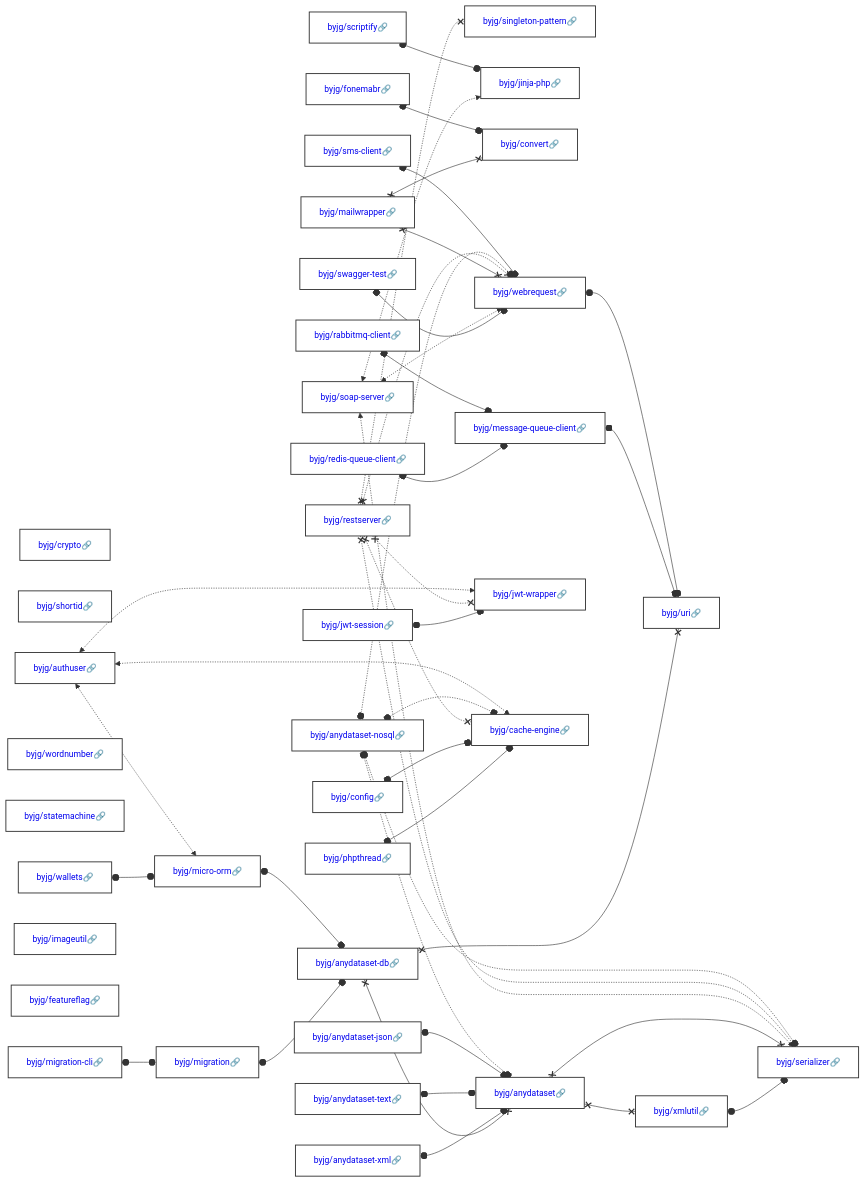
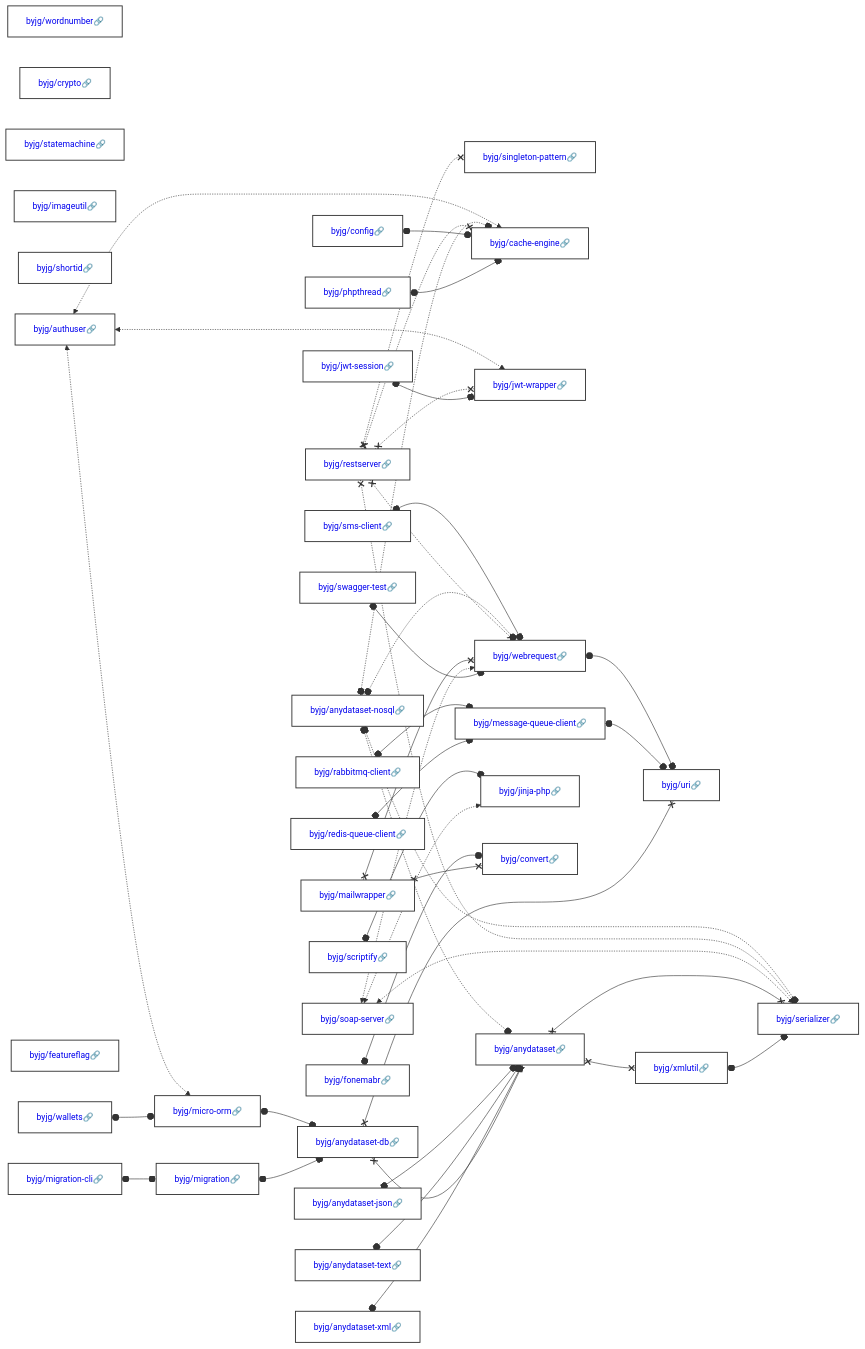
Before and after one commit to byjg/byjg.github.io: the diagram in docs/php/README.md, drawn with Mermaid. The commit also changed other lines of this file and 7 other files, not shown here.

Commit message:
Update documentation 'php' 'php-jwt-session'

````diff
--- a/docs/php/README.md
+++ b/docs/php/README.md
@@ -3,39 +3,39 @@
 ```mermaid
 graph LR;
+  byjg/anydataset-xml[<a href='https://opensource.byjg.com/docs/php/anydataset-xml' style='text-decoration:none'>byjg/anydataset-xml🔗</a>];
+  byjg/rabbitmq-client[<a href='https://opensource.byjg.com/docs/php/rabbitmq-client' style='text-decoration:none'>byjg/rabbitmq-client🔗</a>];
+  byjg/restserver[<a href='https://opensource.byjg.com/docs/php/restserver' style='text-decoration:none'>byjg/restserver🔗</a>];
+  byjg/wordnumber[<a href='https://opensource.byjg.com/docs/php/wordnumber' style='text-decoration:none'>byjg/wordnumber🔗</a>];
+  byjg/crypto[<a href='https://opensource.byjg.com/docs/php/crypto' style='text-decoration:none'>byjg/crypto🔗</a>];
+  byjg/statemachine[<a href='https://opensource.byjg.com/docs/php/statemachine' style='text-decoration:none'>byjg/statemachine🔗</a>];
+  byjg/imageutil[<a href='https://opensource.byjg.com/docs/php/imageutil' style='text-decoration:none'>byjg/imageutil🔗</a>];
+  byjg/anydataset-nosql[<a href='https://opensource.byjg.com/docs/php/anydataset-nosql' style='text-decoration:none'>byjg/anydataset-nosql🔗</a>];
+  byjg/shortid[<a href='https://opensource.byjg.com/docs/php/shortid' style='text-decoration:none'>byjg/shortid🔗</a>];
+  byjg/wallets[<a href='https://opensource.byjg.com/docs/php/wallets' style='text-decoration:none'>byjg/wallets🔗</a>];
+  byjg/featureflag[<a href='https://opensource.byjg.com/docs/php/featureflag' style='text-decoration:none'>byjg/featureflag🔗</a>];
+  byjg/phpthread[<a href='https://opensource.byjg.com/docs/php/phpthread' style='text-decoration:none'>byjg/phpthread🔗</a>];
+  byjg/jwt-session[<a href='https://opensource.byjg.com/docs/php/jwt-session' style='text-decoration:none'>byjg/jwt-session🔗</a>];
+  byjg/mailwrapper[<a href='https://opensource.byjg.com/docs/php/mailwrapper' style='text-decoration:none'>byjg/mailwrapper🔗</a>];
   byjg/swagger-test[<a href='https://opensource.byjg.com/docs/php/swagger-test' style='text-decoration:none'>byjg/swagger-test🔗</a>];
+  byjg/config[<a href='https://opensource.byjg.com/docs/php/config' style='text-decoration:none'>byjg/config🔗</a>];
+  byjg/authuser[<a href='https://opensource.byjg.com/docs/php/authuser' style='text-decoration:none'>byjg/authuser🔗</a>];
+  byjg/soap-server[<a href='https://opensource.byjg.com/docs/php/soap-server' style='text-decoration:none'>byjg/soap-server🔗</a>];
+  byjg/anydataset-json[<a href='https://opensource.byjg.com/docs/php/anydataset-json' style='text-decoration:none'>byjg/anydataset-json🔗</a>];
   byjg/anydataset-text[<a href='https://opensource.byjg.com/docs/php/anydataset-text' style='text-decoration:none'>byjg/anydataset-text🔗</a>];
-  byjg/restserver[<a href='https://opensource.byjg.com/docs/php/restserver' style='text-decoration:none'>byjg/restserver🔗</a>];
-  byjg/crypto[<a href='https://opensource.byjg.com/docs/php/crypto' style='text-decoration:none'>byjg/crypto🔗</a>];
-  byjg/rabbitmq-client[<a href='https://opensource.byjg.com/docs/php/rabbitmq-client' style='text-decoration:none'>byjg/rabbitmq-client🔗</a>];
+  byjg/sms-client[<a href='https://opensource.byjg.com/docs/php/sms-client' style='text-decoration:none'>byjg/sms-client🔗</a>];
+  byjg/redis-queue-client[<a href='https://opensource.byjg.com/docs/php/redis-queue-client' style='text-decoration:none'>byjg/redis-queue-client🔗</a>];
+  byjg/migration-cli[<a href='https://opensource.byjg.com/docs/php/migration-cli' style='text-decoration:none'>byjg/migration-cli🔗</a>];
   byjg/scriptify[<a href='https://opensource.byjg.com/docs/php/scriptify' style='text-decoration:none'>byjg/scriptify🔗</a>];
-  byjg/sms-client[<a href='https://opensource.byjg.com/docs/php/sms-client' style='text-decoration:none'>byjg/sms-client🔗</a>];
-  byjg/jwt-session[<a href='https://opensource.byjg.com/docs/php/jwt-session' style='text-decoration:none'>byjg/jwt-session🔗</a>];
-  byjg/soap-server[<a href='https://opensource.byjg.com/docs/php/soap-server' style='text-decoration:none'>byjg/soap-server🔗</a>];
-  byjg/shortid[<a href='https://opensource.byjg.com/docs/php/shortid' style='text-decoration:none'>byjg/shortid🔗</a>];
-  byjg/migration-cli[<a href='https://opensource.byjg.com/docs/php/migration-cli' style='text-decoration:none'>byjg/migration-cli🔗</a>];
-  byjg/anydataset-nosql[<a href='https://opensource.byjg.com/docs/php/anydataset-nosql' style='text-decoration:none'>byjg/anydataset-nosql🔗</a>];
   byjg/fonemabr[<a href='https://opensource.byjg.com/docs/php/fonemabr' style='text-decoration:none'>byjg/fonemabr🔗</a>];
-  byjg/wordnumber[<a href='https://opensource.byjg.com/docs/php/wordnumber' style='text-decoration:none'>byjg/wordnumber🔗</a>];
-  byjg/mailwrapper[<a href='https://opensource.byjg.com/docs/php/mailwrapper' style='text-decoration:none'>byjg/mailwrapper🔗</a>];
-  byjg/statemachine[<a href='https://opensource.byjg.com/docs/php/statemachine' style='text-decoration:none'>byjg/statemachine🔗</a>];
-  byjg/wallets[<a href='https://opensource.byjg.com/docs/php/wallets' style='text-decoration:none'>byjg/wallets🔗</a>];
-  byjg/config[<a href='https://opensource.byjg.com/docs/php/config' style='text-decoration:none'>byjg/config🔗</a>];
-  byjg/anydataset-json[<a href='https://opensource.byjg.com/docs/php/anydataset-json' style='text-decoration:none'>byjg/anydataset-json🔗</a>];
-  byjg/anydataset-xml[<a href='https://opensource.byjg.com/docs/php/anydataset-xml' style='text-decoration:none'>byjg/anydataset-xml🔗</a>];
-  byjg/imageutil[<a href='https://opensource.byjg.com/docs/php/imageutil' style='text-decoration:none'>byjg/imageutil🔗</a>];
-  byjg/redis-queue-client[<a href='https://opensource.byjg.com/docs/php/redis-queue-client' style='text-decoration:none'>byjg/redis-queue-client🔗</a>];
-  byjg/featureflag[<a href='https://opensource.byjg.com/docs/php/featureflag' style='text-decoration:none'>byjg/featureflag🔗</a>];
-  byjg/authuser[<a href='https://opensource.byjg.com/docs/php/authuser' style='text-decoration:none'>byjg/authuser🔗</a>];
-  byjg/phpthread[<a href='https://opensource.byjg.com/docs/php/phpthread' style='text-decoration:none'>byjg/phpthread🔗</a>];
   byjg/singleton-pattern[<a href='https://opensource.byjg.com/docs/php/singleton-pattern' style='text-decoration:none'>byjg/singleton-pattern🔗</a>];
-  byjg/jinja-php[<a href='https://opensource.byjg.com/docs/php/jinja-php' style='text-decoration:none'>byjg/jinja-php🔗</a>];
-  byjg/migration[<a href='https://opensource.byjg.com/docs/php/migration' style='text-decoration:none'>byjg/migration🔗</a>];
-  byjg/convert[<a href='https://opensource.byjg.com/docs/php/convert' style='text-decoration:none'>byjg/convert🔗</a>];
+  byjg/micro-orm[<a href='https://opensource.byjg.com/docs/php/micro-orm' style='text-decoration:none'>byjg/micro-orm🔗</a>];
+  byjg/cache-engine[<a href='https://opensource.byjg.com/docs/php/cache-engine' style='text-decoration:none'>byjg/cache-engine🔗</a>];
+  byjg/jwt-wrapper[<a href='https://opensource.byjg.com/docs/php/jwt-wrapper' style='text-decoration:none'>byjg/jwt-wrapper🔗</a>];
   byjg/webrequest[<a href='https://opensource.byjg.com/docs/php/webrequest' style='text-decoration:none'>byjg/webrequest🔗</a>];
   byjg/message-queue-client[<a href='https://opensource.byjg.com/docs/php/message-queue-client' style='text-decoration:none'>byjg/message-queue-client🔗</a>];
-  byjg/micro-orm[<a href='https://opensource.byjg.com/docs/php/micro-orm' style='text-decoration:none'>byjg/micro-orm🔗</a>];
-  byjg/jwt-wrapper[<a href='https://opensource.byjg.com/docs/php/jwt-wrapper' style='text-decoration:none'>byjg/jwt-wrapper🔗</a>];
-  byjg/cache-engine[<a href='https://opensource.byjg.com/docs/php/cache-engine' style='text-decoration:none'>byjg/cache-engine🔗</a>];
+  byjg/migration[<a href='https://opensource.byjg.com/docs/php/migration' style='text-decoration:none'>byjg/migration🔗</a>];
+  byjg/jinja-php[<a href='https://opensource.byjg.com/docs/php/jinja-php' style='text-decoration:none'>byjg/jinja-php🔗</a>];
+  byjg/convert[<a href='https://opensource.byjg.com/docs/php/convert' style='text-decoration:none'>byjg/convert🔗</a>];
   byjg/anydataset-db[<a href='https://opensource.byjg.com/docs/php/anydataset-db' style='text-decoration:none'>byjg/anydataset-db🔗</a>];
   byjg/anydataset[<a href='https://opensource.byjg.com/docs/php/anydataset' style='text-decoration:none'>byjg/anydataset🔗</a>];
   byjg/uri[<a href='https://opensource.byjg.com/docs/php/uri' style='text-decoration:none'>byjg/uri🔗</a>];
````
